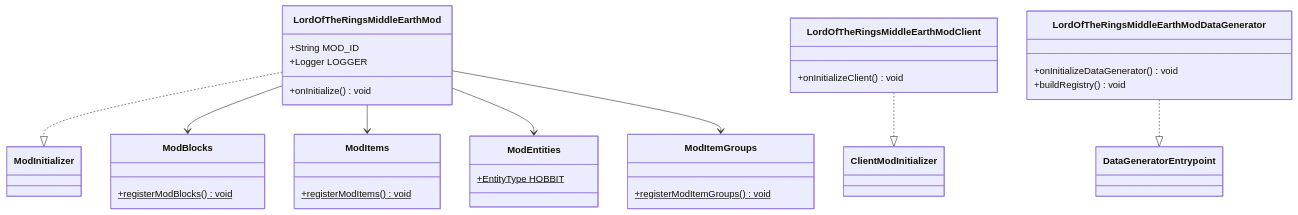
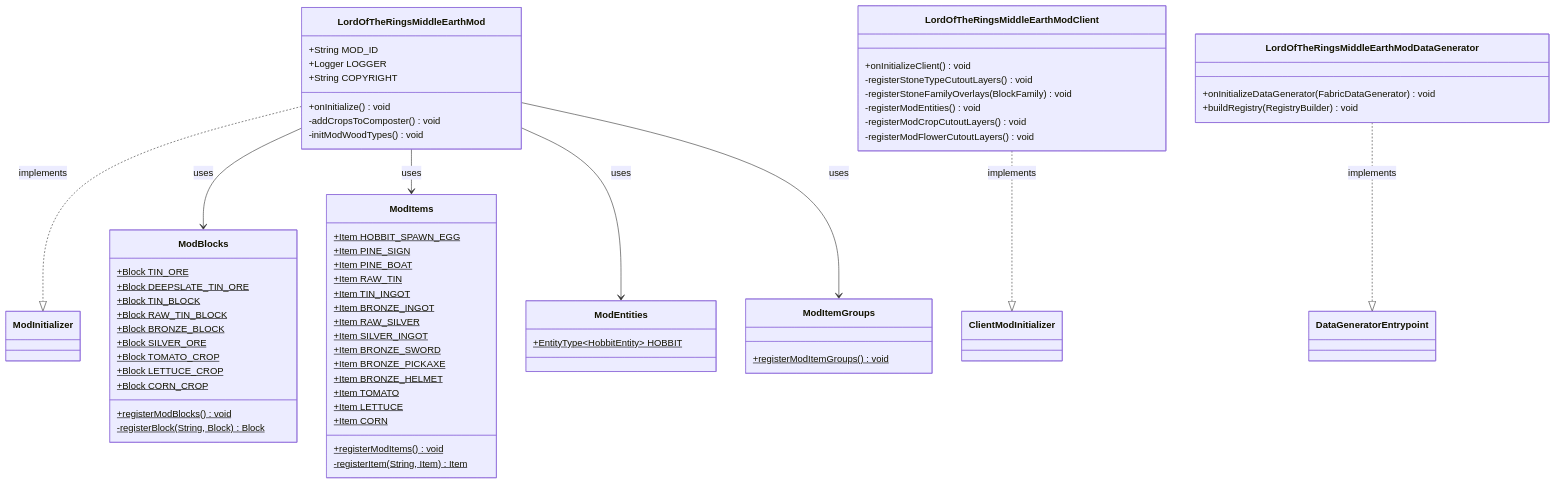
One commit to Lord-of-the-Rings-Middle-Earth-Mod/Lord-of-the-Rings-Middle-Earth-Mod changed the first of 6 diagrams in classdiagram.md. Above: the diagram before and after it, drawn with Mermaid. The commit also changed other lines of this file, not shown here.

Commit message:
Add back detailed method signatures to all class diagrams while preserving sectioned layout

````diff
--- a/classdiagram.md
+++ b/classdiagram.md
@@ -7,46 +7,79 @@
 ```mermaid
 classDiagram
     direction TB
     
     class LordOfTheRingsMiddleEarthMod {
         +String MOD_ID
         +Logger LOGGER
+        +String COPYRIGHT
         +onInitialize() void
+        -addCropsToComposter() void
+        -initModWoodTypes() void
     }
 
     class LordOfTheRingsMiddleEarthModClient {
         +onInitializeClient() void
+        -registerStoneTypeCutoutLayers() void
+        -registerStoneFamilyOverlays(BlockFamily) void
+        -registerModEntities() void
+        -registerModCropCutoutLayers() void
+        -registerModFlowerCutoutLayers() void
     }
 
     class LordOfTheRingsMiddleEarthModDataGenerator {
-        +onInitializeDataGenerator() void
-        +buildRegistry() void
+        +onInitializeDataGenerator(FabricDataGenerator) void
+        +buildRegistry(RegistryBuilder) void
     }
 
     class ModBlocks {
+        +Block TIN_ORE$
+        +Block DEEPSLATE_TIN_ORE$
+        +Block TIN_BLOCK$
+        +Block RAW_TIN_BLOCK$
+        +Block BRONZE_BLOCK$
+        +Block SILVER_ORE$
+        +Block TOMATO_CROP$
+        +Block LETTUCE_CROP$
+        +Block CORN_CROP$
         +registerModBlocks() void$
+        -registerBlock(String, Block) Block$
     }
 
     class ModItems {
+        +Item HOBBIT_SPAWN_EGG$
+        +Item PINE_SIGN$
+        +Item PINE_BOAT$
+        +Item RAW_TIN$
+        +Item TIN_INGOT$
+        +Item BRONZE_INGOT$
+        +Item RAW_SILVER$
+        +Item SILVER_INGOT$
+        +Item BRONZE_SWORD$
+        +Item BRONZE_PICKAXE$
+        +Item BRONZE_HELMET$
+        +Item TOMATO$
+        +Item LETTUCE$
+        +Item CORN$
         +registerModItems() void$
+        -registerItem(String, Item) Item$
     }
 
     class ModEntities {
-        +EntityType HOBBIT$
+        +EntityType~HobbitEntity~ HOBBIT$
     }
 
     class ModItemGroups {
         +registerModItemGroups() void$
     }
 
     %% Interface implementations
-    LordOfTheRingsMiddleEarthMod ..|> ModInitializer
-    LordOfTheRingsMiddleEarthModClient ..|> ClientModInitializer
-    LordOfTheRingsMiddleEarthModDataGenerator ..|> DataGeneratorEntrypoint
+    LordOfTheRingsMiddleEarthMod ..|> ModInitializer : implements
+    LordOfTheRingsMiddleEarthModClient ..|> ClientModInitializer : implements
+    LordOfTheRingsMiddleEarthModDataGenerator ..|> DataGeneratorEntrypoint : implements
 
     %% Main relationships
-    LordOfTheRingsMiddleEarthMod --> ModBlocks
-    LordOfTheRingsMiddleEarthMod --> ModItems
-    LordOfTheRingsMiddleEarthMod --> ModEntities
-    LordOfTheRingsMiddleEarthMod --> ModItemGroups
+    LordOfTheRingsMiddleEarthMod --> ModBlocks : uses
+    LordOfTheRingsMiddleEarthMod --> ModItems : uses
+    LordOfTheRingsMiddleEarthMod --> ModEntities : uses
+    LordOfTheRingsMiddleEarthMod --> ModItemGroups : uses
 ```
````
